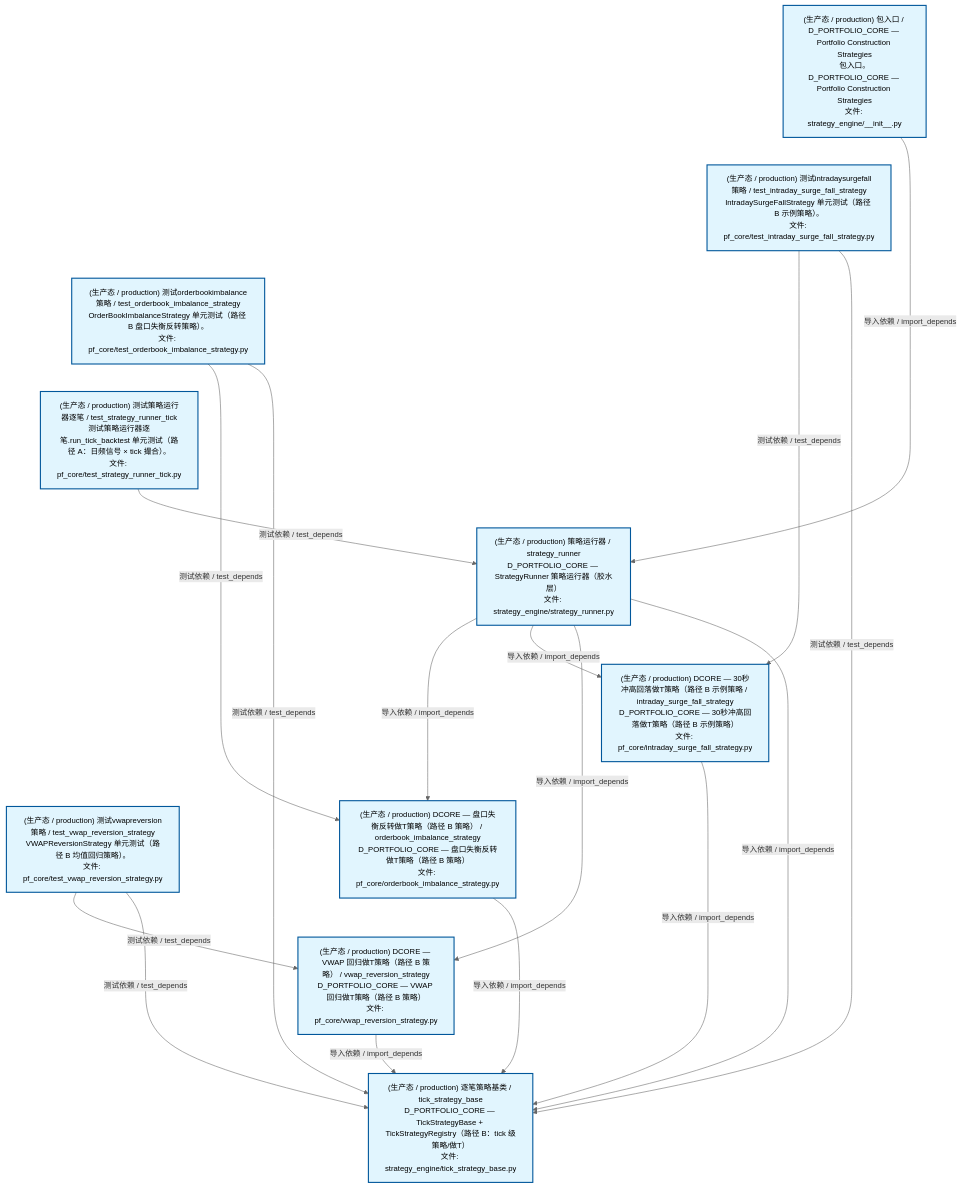
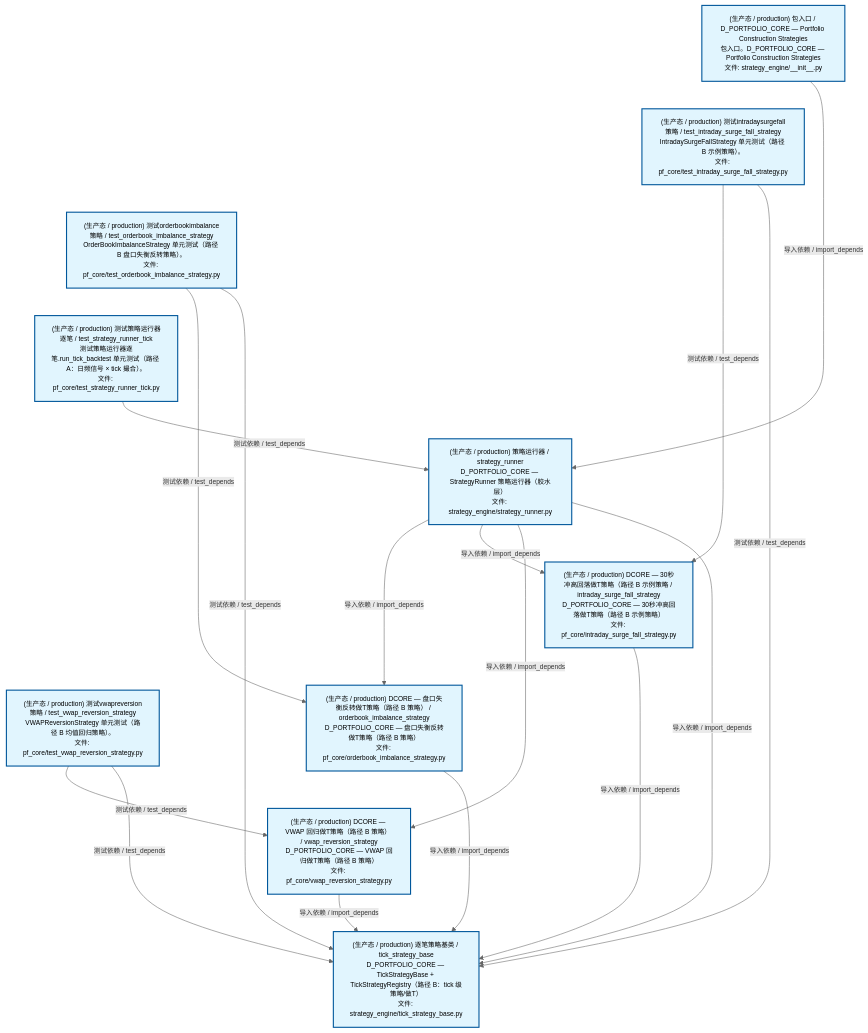
One commit to xuanFelixVan/ZephyrAlpha changed the second of 4 diagrams in docs/02_enterprise_architecture/02_domain_architecture_docs/63_d_pf_core.md. Above: the diagram before and after it, drawn with Mermaid. The commit also changed other lines of this file and 62 other files, not shown here.

````diff
--- a/docs/02_enterprise_architecture/02_domain_architecture_docs/63_d_pf_core.md
+++ b/docs/02_enterprise_architecture/02_domain_architecture_docs/63_d_pf_core.md
@@ -131,40 +131,40 @@
 ```mermaid
-%%{init: {'theme': 'base', 'themeVariables': {'primaryColor': '#eaeaea', 'primaryTextColor': '#333333', 'primaryBorderColor': '#666666', 'lineColor': '#666666', 'secondaryColor': '#eaeaea', 'tertiaryColor': '#eaeaea', 'fontSize': '14px'}}}%%
+%%{init: {'theme': 'base', 'themeVariables': {'primaryColor': '#eaeaea', 'primaryTextColor': '#333333', 'primaryBorderColor': '#666666', 'lineColor': '#666666', 'secondaryColor': '#eaeaea', 'tertiaryColor': '#eaeaea', 'fontSize': '12px'}}}%%
 flowchart TD
     src_zephyr_pf_core_strategy_engine_init_py["(生产态 / production) 包入口 / D_PORTFOLIO_CORE — Portfolio Construction Strategies<br/>包入口。D_PORTFOLIO_CORE — Portfolio Construction Strategies<br/>文件: strategy_engine/__init__.py"]
     tests_pf_core_test_intraday_surge_fall_strategy_py["(生产态 / production) 测试intradaysurgefall策略 / test_intraday_surge_fall_strategy<br/>IntradaySurgeFallStrategy 单元测试（路径 B 示例策略）。<br/>文件: pf_core/test_intraday_surge_fall_strategy.py"]
     tests_pf_core_test_orderbook_imbalance_strategy_py["(生产态 / production) 测试orderbookimbalance策略 / test_orderbook_imbalance_strategy<br/>OrderBookImbalanceStrategy 单元测试（路径 B 盘口失衡反转策略）。<br/>文件: pf_core/test_orderbook_imbalance_strategy.py"]
     tests_pf_core_test_strategy_runner_tick_py["(生产态 / production) 测试策略运行器逐笔 / test_strategy_runner_tick<br/>测试策略运行器逐笔.run_tick_backtest 单元测试（路径 A：日频信号 × tick 撮合）。<br/>文件: pf_core/test_strategy_runner_tick.py"]
     tests_pf_core_test_vwap_reversion_strategy_py["(生产态 / production) 测试vwapreversion策略 / test_vwap_reversion_strategy<br/>VWAPReversionStrategy 单元测试（路径 B 均值回归策略）。<br/>文件: pf_core/test_vwap_reversion_strategy.py"]
     src_zephyr_pf_core_strategy_engine_init_py ~~~ tests_pf_core_test_intraday_surge_fall_strategy_py
     tests_pf_core_test_intraday_surge_fall_strategy_py ~~~ tests_pf_core_test_orderbook_imbalance_strategy_py
     tests_pf_core_test_orderbook_imbalance_strategy_py ~~~ tests_pf_core_test_strategy_runner_tick_py
     tests_pf_core_test_strategy_runner_tick_py ~~~ tests_pf_core_test_vwap_reversion_strategy_py
     src_zephyr_pf_core_strategy_engine_strategy_runner_py["(生产态 / production) 策略运行器 / strategy_runner<br/>D_PORTFOLIO_CORE — StrategyRunner 策略运行器（胶水层）<br/>文件: strategy_engine/strategy_runner.py"]
     src_zephyr_pf_core_intraday_surge_fall_strategy_py["(生产态 / production) DCORE — 30秒冲高回落做T策略（路径 B 示例策略 / intraday_surge_fall_strategy<br/>D_PORTFOLIO_CORE — 30秒冲高回落做T策略（路径 B 示例策略）<br/>文件: pf_core/intraday_surge_fall_strategy.py"]
     src_zephyr_pf_core_orderbook_imbalance_strategy_py["(生产态 / production) DCORE — 盘口失衡反转做T策略（路径 B 策略） / orderbook_imbalance_strategy<br/>D_PORTFOLIO_CORE — 盘口失衡反转做T策略（路径 B 策略）<br/>文件: pf_core/orderbook_imbalance_strategy.py"]
     src_zephyr_pf_core_vwap_reversion_strategy_py["(生产态 / production) DCORE — VWAP 回归做T策略（路径 B 策略） / vwap_reversion_strategy<br/>D_PORTFOLIO_CORE — VWAP 回归做T策略（路径 B 策略）<br/>文件: pf_core/vwap_reversion_strategy.py"]
     src_zephyr_pf_core_intraday_surge_fall_strategy_py ~~~ src_zephyr_pf_core_orderbook_imbalance_strategy_py
     src_zephyr_pf_core_orderbook_imbalance_strategy_py ~~~ src_zephyr_pf_core_vwap_reversion_strategy_py
     src_zephyr_pf_core_strategy_engine_tick_strategy_base_py["(生产态 / production) 逐笔策略基类 / tick_strategy_base<br/>D_PORTFOLIO_CORE — TickStrategyBase + TickStrategyRegistry（路径 B：tick 级策略/做T）<br/>文件: strategy_engine/tick_strategy_base.py"]
     src_zephyr_pf_core_orderbook_imbalance_strategy_py -->|导入依赖 / import_depends| src_zephyr_pf_core_strategy_engine_tick_strategy_base_py
     src_zephyr_pf_core_intraday_surge_fall_strategy_py -->|导入依赖 / import_depends| src_zephyr_pf_core_strategy_engine_tick_strategy_base_py
     src_zephyr_pf_core_vwap_reversion_strategy_py -->|导入依赖 / import_depends| src_zephyr_pf_core_strategy_engine_tick_strategy_base_py
-    src_zephyr_pf_core_strategy_engine_init_py -->|导入依赖 / import_depends| src_zephyr_pf_core_strategy_engine_strategy_runner_py
     src_zephyr_pf_core_strategy_engine_strategy_runner_py -->|导入依赖 / import_depends| src_zephyr_pf_core_orderbook_imbalance_strategy_py
     src_zephyr_pf_core_strategy_engine_strategy_runner_py -->|导入依赖 / import_depends| src_zephyr_pf_core_intraday_surge_fall_strategy_py
     src_zephyr_pf_core_strategy_engine_strategy_runner_py -->|导入依赖 / import_depends| src_zephyr_pf_core_vwap_reversion_strategy_py
     src_zephyr_pf_core_strategy_engine_strategy_runner_py -->|导入依赖 / import_depends| src_zephyr_pf_core_strategy_engine_tick_strategy_base_py
-    tests_pf_core_test_strategy_runner_tick_py -->|测试依赖 / test_depends| src_zephyr_pf_core_strategy_engine_strategy_runner_py
-    tests_pf_core_test_vwap_reversion_strategy_py -->|测试依赖 / test_depends| src_zephyr_pf_core_vwap_reversion_strategy_py
-    tests_pf_core_test_vwap_reversion_strategy_py -->|测试依赖 / test_depends| src_zephyr_pf_core_strategy_engine_tick_strategy_base_py
+    src_zephyr_pf_core_strategy_engine_init_py -->|导入依赖 / import_depends| src_zephyr_pf_core_strategy_engine_strategy_runner_py
     tests_pf_core_test_intraday_surge_fall_strategy_py -->|测试依赖 / test_depends| src_zephyr_pf_core_intraday_surge_fall_strategy_py
     tests_pf_core_test_intraday_surge_fall_strategy_py -->|测试依赖 / test_depends| src_zephyr_pf_core_strategy_engine_tick_strategy_base_py
     tests_pf_core_test_orderbook_imbalance_strategy_py -->|测试依赖 / test_depends| src_zephyr_pf_core_orderbook_imbalance_strategy_py
     tests_pf_core_test_orderbook_imbalance_strategy_py -->|测试依赖 / test_depends| src_zephyr_pf_core_strategy_engine_tick_strategy_base_py
+    tests_pf_core_test_strategy_runner_tick_py -->|测试依赖 / test_depends| src_zephyr_pf_core_strategy_engine_strategy_runner_py
+    tests_pf_core_test_vwap_reversion_strategy_py -->|测试依赖 / test_depends| src_zephyr_pf_core_vwap_reversion_strategy_py
+    tests_pf_core_test_vwap_reversion_strategy_py -->|测试依赖 / test_depends| src_zephyr_pf_core_strategy_engine_tick_strategy_base_py
     classDef production fill:#e1f5fe,stroke:#01579b,stroke-width:2px,color:#000
     classDef design fill:#fff3e0,stroke:#e65100,stroke-width:2px,color:#000,stroke-dasharray: 5 5
     classDef external_prod fill:#e8f4fd,stroke:#0277bd,stroke-width:1px,color:#000
     classDef external_design fill:#fff8e7,stroke:#ef6c00,stroke-width:1px,color:#000,stroke-dasharray: 5 5
     class src_zephyr_pf_core_intraday_surge_fall_strategy_py,src_zephyr_pf_core_orderbook_imbalance_strategy_py,src_zephyr_pf_core_strategy_engine_init_py,src_zephyr_pf_core_strategy_engine_strategy_runner_py,src_zephyr_pf_core_strategy_engine_tick_strategy_base_py,src_zephyr_pf_core_vwap_reversion_strategy_py,tests_pf_core_test_intraday_surge_fall_strategy_py,tests_pf_core_test_orderbook_imbalance_strategy_py,tests_pf_core_test_strategy_runner_tick_py,tests_pf_core_test_vwap_reversion_strategy_py production
 ```
````
